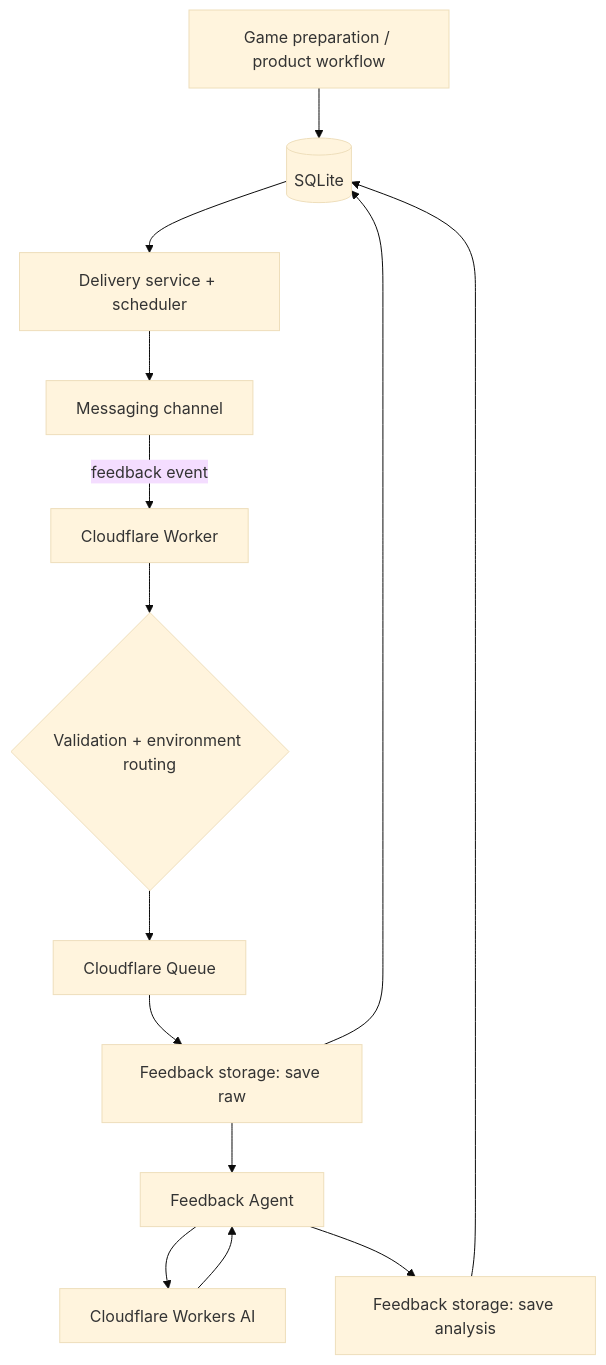
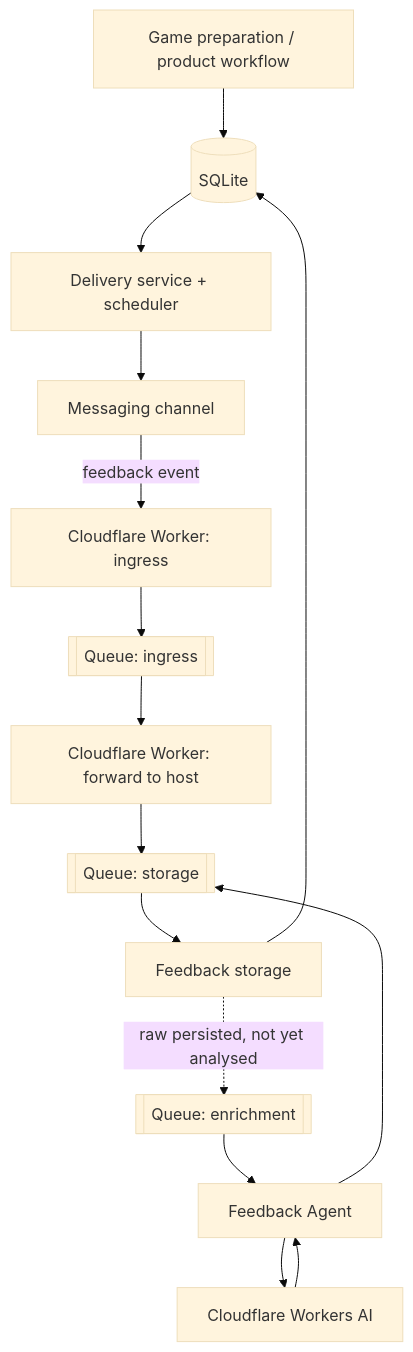
One commit to LukshinVI/game-of-the-day changed the second of 2 diagrams in docs/architecture.md. Above: the diagram before and after it, drawn with Mermaid (base theme). The commit also changed other lines of this file and 1 other file, not shown here.

````diff
--- a/docs/architecture.md
+++ b/docs/architecture.md
@@ -76,16 +78,16 @@
 ```mermaid
 flowchart TD
     P[Game preparation / product workflow] --> DB[(SQLite)]
     DB --> D[Delivery service + scheduler]
     D --> CH[Messaging channel]
-    CH -->|feedback event| W[Cloudflare Worker]
-    W --> V{Validation + environment routing}
-    V --> Q[Cloudflare Queue]
-    Q --> RAW[Feedback storage: save raw]
-    RAW --> DB
-    RAW --> F[Feedback Agent]
+    CH -->|feedback event| W[Cloudflare Worker: ingress]
+    W --> QA[[Queue: ingress]]
+    QA --> W2[Cloudflare Worker: forward to host]
+    W2 --> QB[[Queue: storage]]
+    QC[[Queue: enrichment]] --> F[Feedback Agent]
     F --> AI[Cloudflare Workers AI]
     AI --> F
-    F --> RES[Feedback storage: save analysis]
-    RES --> DB
+    F --> QB
+    QB --> STORE[Feedback storage] --> DB
+    STORE -. raw persisted, not yet analysed .-> QC
 ```
````
